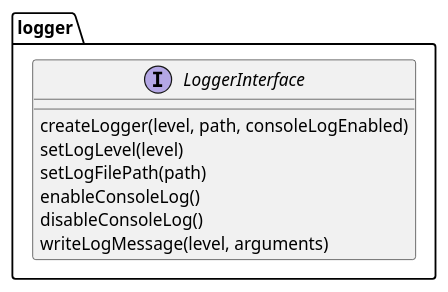
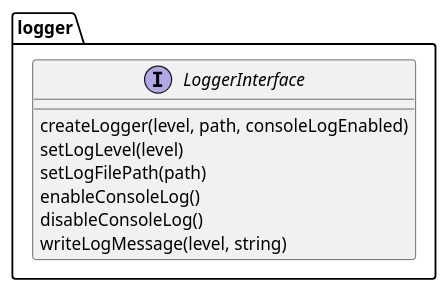
One commit to vargab95/mlibs changed the diagram in design/external_view/interfaces/logger.puml. Above: the diagram before and after it, drawn with PlantUML. The commit also changed 6 other files, not shown here.

```diff
--- a/design/external_view/interfaces/logger.puml
+++ b/design/external_view/interfaces/logger.puml
@@ -1,14 +1,14 @@
 @startuml
 
 package "logger" {
   interface "LoggerInterface" {
     createLogger(level, path, consoleLogEnabled)
     setLogLevel(level)
     setLogFilePath(path)
     enableConsoleLog()
     disableConsoleLog()
-    writeLogMessage(level, arguments)
+    writeLogMessage(level, string)
   }
 }
 
 @enduml
```
